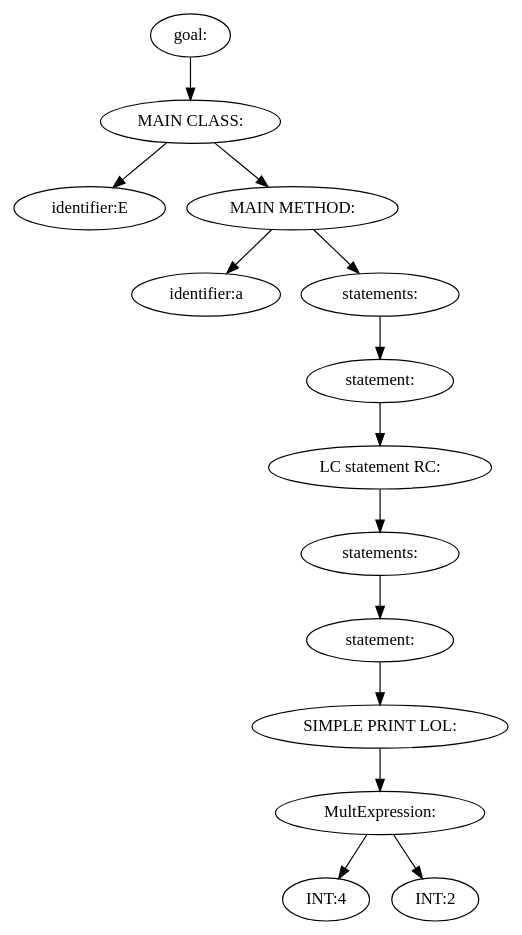
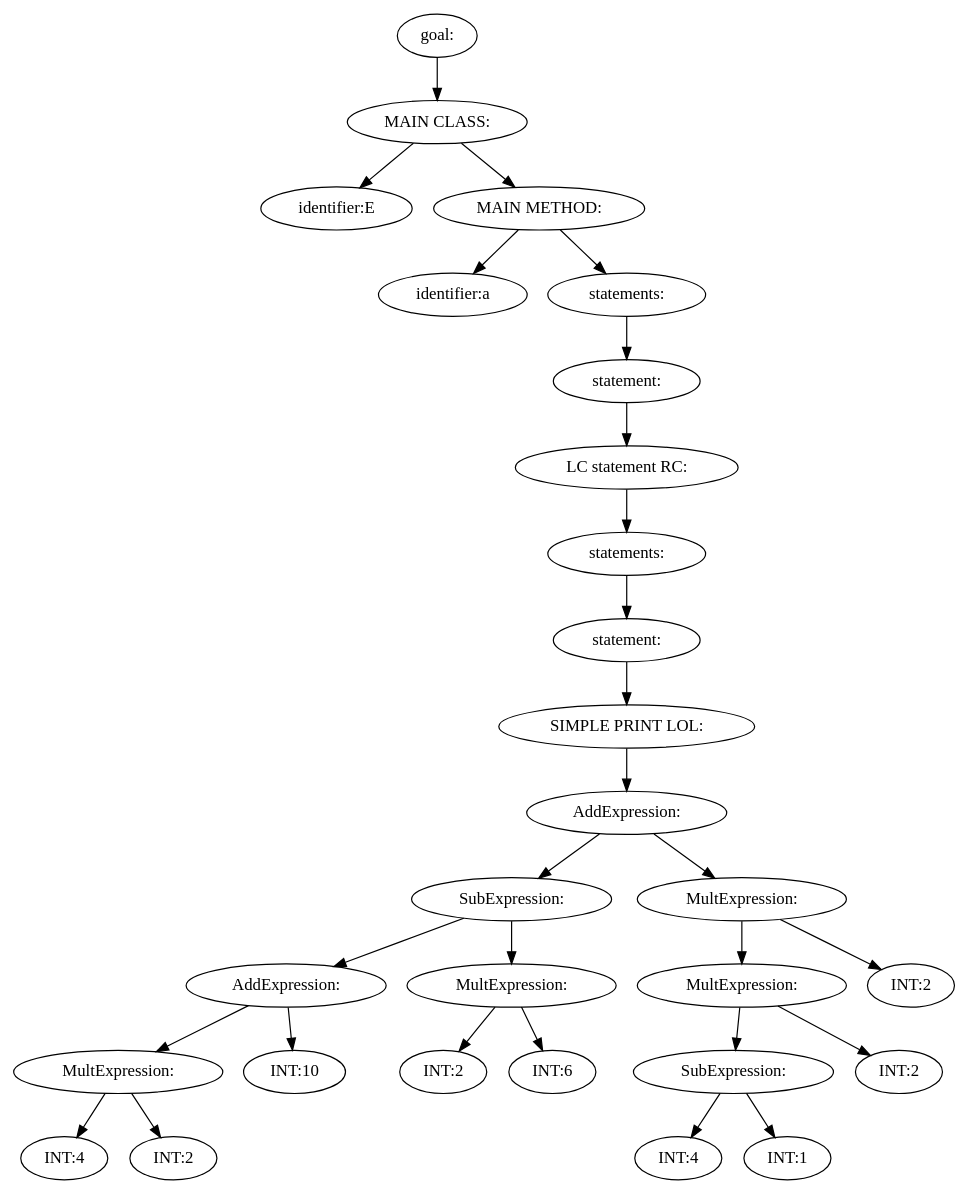
Before and after one commit to KarmaSora/Compiler: the diagram in gettingStarted/tree.dot, drawn with Graphviz. The commit also changed 11 other files, not shown here.

```diff
--- a/gettingStarted/tree.dot
+++ b/gettingStarted/tree.dot
@@ -1,29 +1,57 @@
 digraph {
 n0 [label="goal:"];
 n1 [label="MAIN CLASS:"];
 n2 [label="identifier:E"];
 n1 -> n2
 n3 [label="MAIN METHOD:"];
 n4 [label="identifier:a"];
 n3 -> n4
 n5 [label="statements:"];
 n6 [label="statement:"];
 n7 [label="LC statement RC:"];
 n8 [label="statements:"];
 n9 [label="statement:"];
 n10 [label="SIMPLE PRINT LOL:"];
-n11 [label="MultExpression:"];
-n12 [label="INT:4"];
+n11 [label="AddExpression:"];
+n12 [label="SubExpression:"];
+n13 [label="AddExpression:"];
+n14 [label="MultExpression:"];
+n15 [label="INT:4"];
+n14 -> n15
+n16 [label="INT:2"];
+n14 -> n16
+n13 -> n14
+n17 [label="INT:10"];
+n13 -> n17
+n12 -> n13
+n18 [label="MultExpression:"];
+n19 [label="INT:2"];
+n18 -> n19
+n20 [label="INT:6"];
+n18 -> n20
+n12 -> n18
 n11 -> n12
-n13 [label="INT:2"];
-n11 -> n13
+n21 [label="MultExpression:"];
+n22 [label="MultExpression:"];
+n23 [label="SubExpression:"];
+n24 [label="INT:4"];
+n23 -> n24
+n25 [label="INT:1"];
+n23 -> n25
+n22 -> n23
+n26 [label="INT:2"];
+n22 -> n26
+n21 -> n22
+n27 [label="INT:2"];
+n21 -> n27
+n11 -> n21
 n10 -> n11
 n9 -> n10
 n8 -> n9
 n7 -> n8
 n6 -> n7
 n5 -> n6
 n3 -> n5
 n1 -> n3
 n0 -> n1
 }
```
